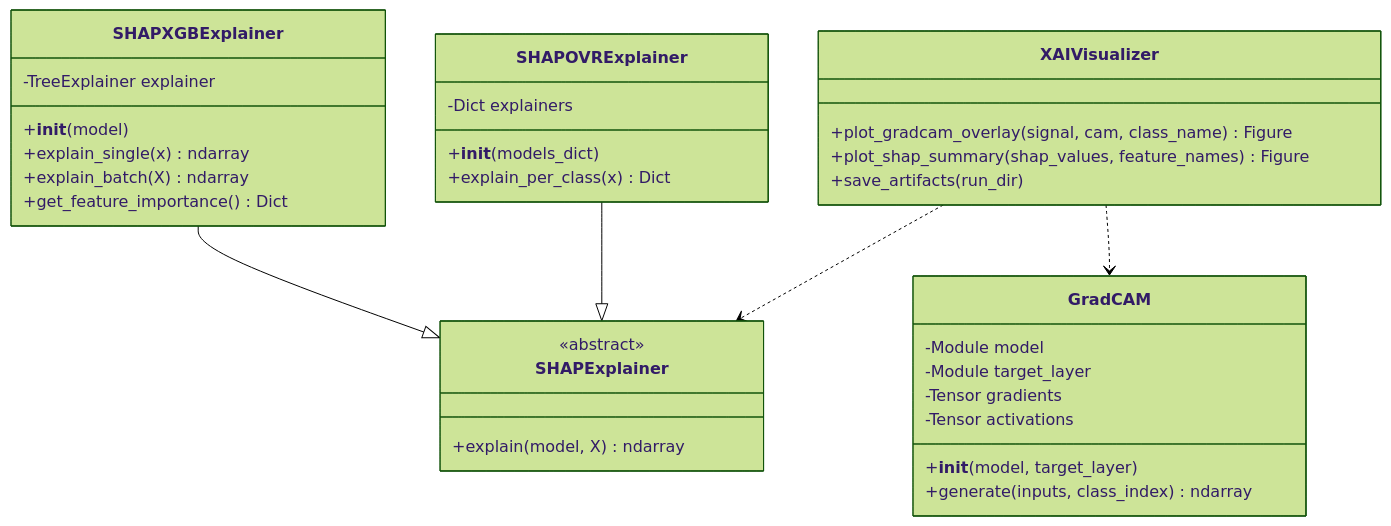
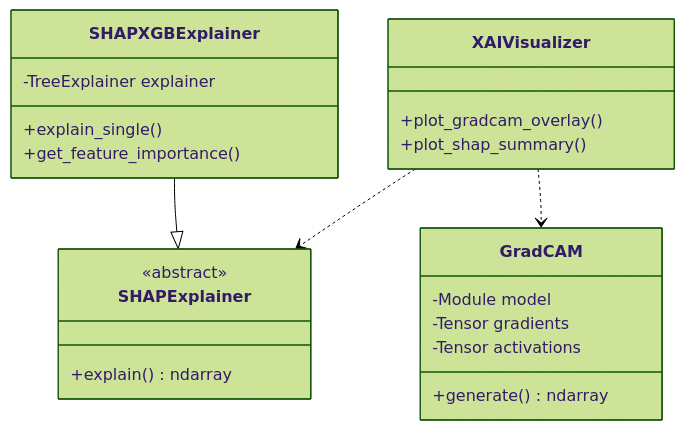
One commit to mUsaulug/CardioGuard-AI changed the fifth of 7 diagrams in docs/diagrams/03_class_diagram.md. Above: the diagram before and after it, drawn with Mermaid (forest theme). The commit also changed other lines of this file and 5 other files, not shown here.

````diff
--- a/docs/diagrams/03_class_diagram.md
+++ b/docs/diagrams/03_class_diagram.md
@@ -201,43 +226,29 @@
 ```mermaid
 classDiagram
-    direction TB
-    
     class GradCAM {
         -Module model
-        -Module target_layer
         -Tensor gradients
         -Tensor activations
-        +__init__(model, target_layer)
-        +generate(inputs, class_index) ndarray
+        +generate() ndarray
     }
     
     class SHAPExplainer {
         <<abstract>>
-        +explain(model, X) ndarray
+        +explain() ndarray
     }
     
     class SHAPXGBExplainer {
         -TreeExplainer explainer
-        +__init__(model)
-        +explain_single(x) ndarray
-        +explain_batch(X) ndarray
-        +get_feature_importance() Dict
-    }
-    
-    class SHAPOVRExplainer {
-        -Dict explainers
-        +__init__(models_dict)
-        +explain_per_class(x) Dict
+        +explain_single()
+        +get_feature_importance()
     }
     
     class XAIVisualizer {
-        +plot_gradcam_overlay(signal, cam, class_name) Figure
-        +plot_shap_summary(shap_values, feature_names) Figure
-        +save_artifacts(run_dir)
+        +plot_gradcam_overlay()
+        +plot_shap_summary()
     }
     
     SHAPXGBExplainer --|> SHAPExplainer
-    SHAPOVRExplainer --|> SHAPExplainer
     XAIVisualizer ..> GradCAM
     XAIVisualizer ..> SHAPExplainer
 ```
````
